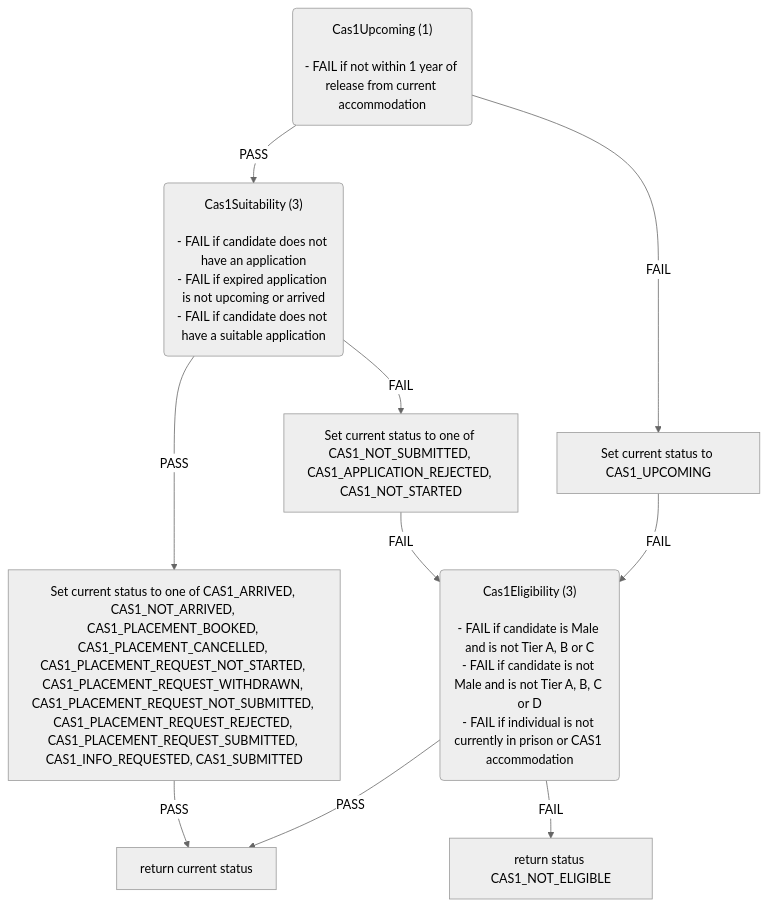
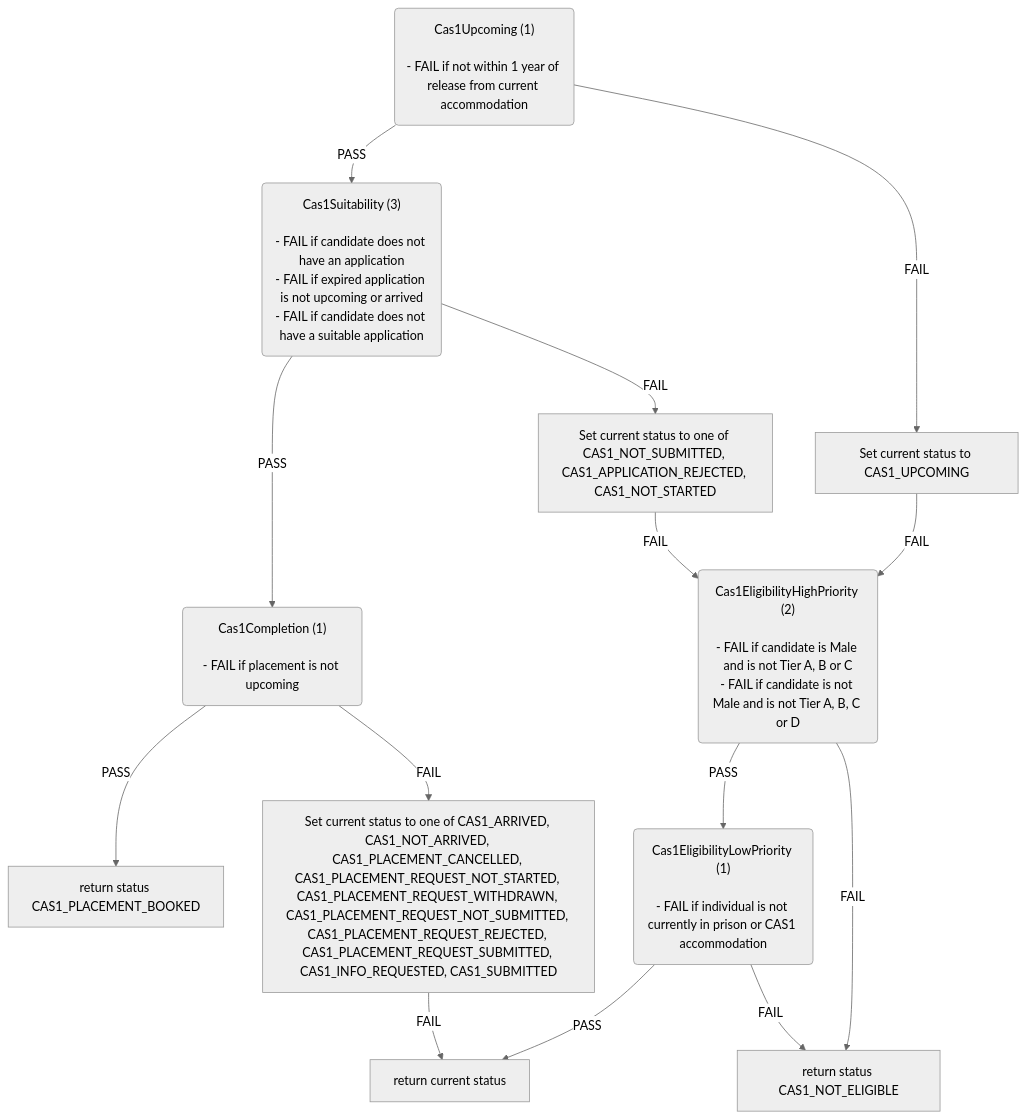
The first of 6 diagrams in docs/eligibility-rules-graph.md (ministryofjustice/hmpps-single-accommodation-service-api), drawn with Mermaid (neutral theme) before and after one commit. The commit also changed other lines of this file and 4 other files, not shown here.

Commit message:
chore/poc-split-priority-eligibility-rules

````diff
--- a/docs/eligibility-rules-graph.md
+++ b/docs/eligibility-rules-graph.md
@@ -9,30 +9,40 @@
 ```mermaid
 flowchart TD
   Cas1Upcoming("Cas1Upcoming (1)
 
 - FAIL if not within 1 year of release from current accommodation")
   Cas1Suitability("Cas1Suitability (3)
 
 - FAIL if candidate does not have an application
 - FAIL if expired application is not upcoming or arrived
 - FAIL if candidate does not have a suitable application")
-  Set_current_status_to_one_of_CAS1_ARRIVED__CAS1_NOT_ARRIVED__CAS1_PLACEMENT_BOOKED__CAS1_PLACEMENT_CANCELLED__CAS1_PLACEMENT_REQUEST_NOT_STARTED__CAS1_PLACEMENT_REQUEST_WITHDRAWN__CAS1_PLACEMENT_REQUEST_NOT_SUBMITTED__CAS1_PLACEMENT_REQUEST_REJECTED__CAS1_PLACEMENT_REQUEST_SUBMITTED__CAS1_INFO_REQUESTED__CAS1_SUBMITTED["Set current status to one of CAS1_ARRIVED, CAS1_NOT_ARRIVED, CAS1_PLACEMENT_BOOKED, CAS1_PLACEMENT_CANCELLED, CAS1_PLACEMENT_REQUEST_NOT_STARTED, CAS1_PLACEMENT_REQUEST_WITHDRAWN, CAS1_PLACEMENT_REQUEST_NOT_SUBMITTED, CAS1_PLACEMENT_REQUEST_REJECTED, CAS1_PLACEMENT_REQUEST_SUBMITTED, CAS1_INFO_REQUESTED, CAS1_SUBMITTED"]
+  Cas1Completion("Cas1Completion (1)
+
+- FAIL if placement is not upcoming")
+  return_status_CAS1_PLACEMENT_BOOKED["return status CAS1_PLACEMENT_BOOKED"]
+  Set_current_status_to_one_of_CAS1_ARRIVED__CAS1_NOT_ARRIVED__CAS1_PLACEMENT_CANCELLED__CAS1_PLACEMENT_REQUEST_NOT_STARTED__CAS1_PLACEMENT_REQUEST_WITHDRAWN__CAS1_PLACEMENT_REQUEST_NOT_SUBMITTED__CAS1_PLACEMENT_REQUEST_REJECTED__CAS1_PLACEMENT_REQUEST_SUBMITTED__CAS1_INFO_REQUESTED__CAS1_SUBMITTED["Set current status to one of CAS1_ARRIVED, CAS1_NOT_ARRIVED, CAS1_PLACEMENT_CANCELLED, CAS1_PLACEMENT_REQUEST_NOT_STARTED, CAS1_PLACEMENT_REQUEST_WITHDRAWN, CAS1_PLACEMENT_REQUEST_NOT_SUBMITTED, CAS1_PLACEMENT_REQUEST_REJECTED, CAS1_PLACEMENT_REQUEST_SUBMITTED, CAS1_INFO_REQUESTED, CAS1_SUBMITTED"]
   return_current_status["return current status"]
   Set_current_status_to_one_of_CAS1_NOT_SUBMITTED__CAS1_APPLICATION_REJECTED__CAS1_NOT_STARTED["Set current status to one of CAS1_NOT_SUBMITTED, CAS1_APPLICATION_REJECTED, CAS1_NOT_STARTED"]
-  Cas1Eligibility("Cas1Eligibility (3)
+  Cas1EligibilityHighPriority("Cas1EligibilityHighPriority (2)
 
 - FAIL if candidate is Male and is not Tier A, B or C
-- FAIL if candidate is not Male and is not Tier A, B, C or D
+- FAIL if candidate is not Male and is not Tier A, B, C or D")
+  Cas1EligibilityLowPriority("Cas1EligibilityLowPriority (1)
+
 - FAIL if individual is not currently in prison or CAS1 accommodation")
   return_status_CAS1_NOT_ELIGIBLE["return status CAS1_NOT_ELIGIBLE"]
   Set_current_status_to_CAS1_UPCOMING["Set current status to CAS1_UPCOMING"]
-  Cas1Suitability -->|PASS| Set_current_status_to_one_of_CAS1_ARRIVED__CAS1_NOT_ARRIVED__CAS1_PLACEMENT_BOOKED__CAS1_PLACEMENT_CANCELLED__CAS1_PLACEMENT_REQUEST_NOT_STARTED__CAS1_PLACEMENT_REQUEST_WITHDRAWN__CAS1_PLACEMENT_REQUEST_NOT_SUBMITTED__CAS1_PLACEMENT_REQUEST_REJECTED__CAS1_PLACEMENT_REQUEST_SUBMITTED__CAS1_INFO_REQUESTED__CAS1_SUBMITTED
-  Set_current_status_to_one_of_CAS1_ARRIVED__CAS1_NOT_ARRIVED__CAS1_PLACEMENT_BOOKED__CAS1_PLACEMENT_CANCELLED__CAS1_PLACEMENT_REQUEST_NOT_STARTED__CAS1_PLACEMENT_REQUEST_WITHDRAWN__CAS1_PLACEMENT_REQUEST_NOT_SUBMITTED__CAS1_PLACEMENT_REQUEST_REJECTED__CAS1_PLACEMENT_REQUEST_SUBMITTED__CAS1_INFO_REQUESTED__CAS1_SUBMITTED -->|PASS| return_current_status
+  Cas1Completion -->|PASS| return_status_CAS1_PLACEMENT_BOOKED
+  Cas1Completion -->|FAIL| Set_current_status_to_one_of_CAS1_ARRIVED__CAS1_NOT_ARRIVED__CAS1_PLACEMENT_CANCELLED__CAS1_PLACEMENT_REQUEST_NOT_STARTED__CAS1_PLACEMENT_REQUEST_WITHDRAWN__CAS1_PLACEMENT_REQUEST_NOT_SUBMITTED__CAS1_PLACEMENT_REQUEST_REJECTED__CAS1_PLACEMENT_REQUEST_SUBMITTED__CAS1_INFO_REQUESTED__CAS1_SUBMITTED
+  Set_current_status_to_one_of_CAS1_ARRIVED__CAS1_NOT_ARRIVED__CAS1_PLACEMENT_CANCELLED__CAS1_PLACEMENT_REQUEST_NOT_STARTED__CAS1_PLACEMENT_REQUEST_WITHDRAWN__CAS1_PLACEMENT_REQUEST_NOT_SUBMITTED__CAS1_PLACEMENT_REQUEST_REJECTED__CAS1_PLACEMENT_REQUEST_SUBMITTED__CAS1_INFO_REQUESTED__CAS1_SUBMITTED -->|FAIL| return_current_status
+  Cas1Suitability -->|PASS| Cas1Completion
   Cas1Suitability -->|FAIL| Set_current_status_to_one_of_CAS1_NOT_SUBMITTED__CAS1_APPLICATION_REJECTED__CAS1_NOT_STARTED
-  Cas1Eligibility -->|PASS| return_current_status
-  Cas1Eligibility -->|FAIL| return_status_CAS1_NOT_ELIGIBLE
-  Set_current_status_to_one_of_CAS1_NOT_SUBMITTED__CAS1_APPLICATION_REJECTED__CAS1_NOT_STARTED -->|FAIL| Cas1Eligibility
+  Cas1EligibilityLowPriority -->|PASS| return_current_status
+  Cas1EligibilityLowPriority -->|FAIL| return_status_CAS1_NOT_ELIGIBLE
+  Cas1EligibilityHighPriority -->|PASS| Cas1EligibilityLowPriority
+  Cas1EligibilityHighPriority -->|FAIL| return_status_CAS1_NOT_ELIGIBLE
+  Set_current_status_to_one_of_CAS1_NOT_SUBMITTED__CAS1_APPLICATION_REJECTED__CAS1_NOT_STARTED -->|FAIL| Cas1EligibilityHighPriority
   Cas1Upcoming -->|PASS| Cas1Suitability
   Cas1Upcoming -->|FAIL| Set_current_status_to_CAS1_UPCOMING
-  Set_current_status_to_CAS1_UPCOMING -->|FAIL| Cas1Eligibility
+  Set_current_status_to_CAS1_UPCOMING -->|FAIL| Cas1EligibilityHighPriority
 ```
````
